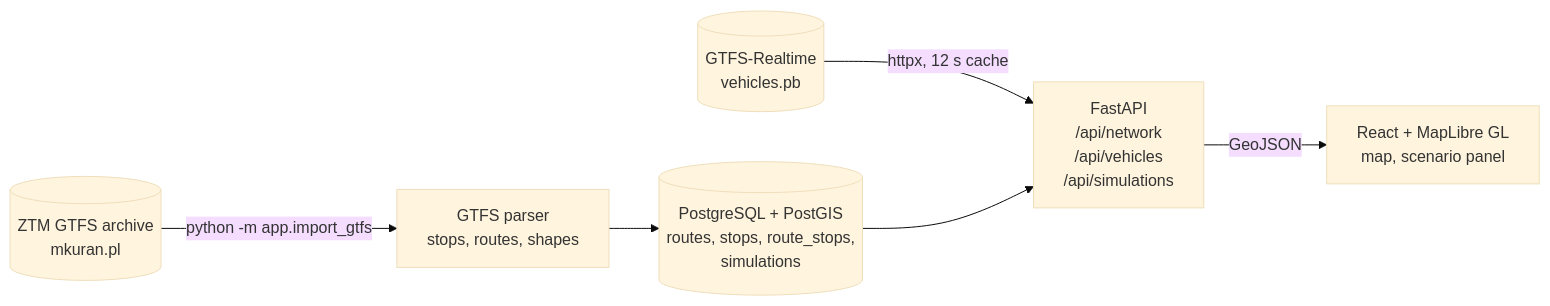
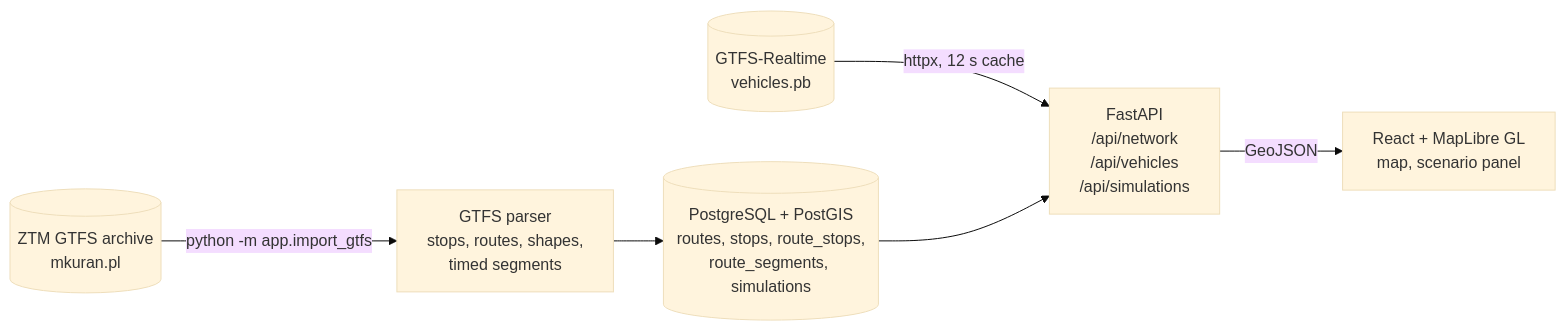
The diagram in README.md (MaciejZiel/Reroute), drawn with Mermaid (base theme) before and after one commit. The commit also changed other lines of this file, not shown here.

````diff
--- a/README.md
+++ b/README.md
@@ -26,8 +26,8 @@
 ```mermaid
 flowchart LR
-    GTFS[(ZTM GTFS archive<br/>mkuran.pl)] -->|python -m app.import_gtfs| IMP[GTFS parser<br/>stops, routes, shapes]
-    IMP --> DB[(PostgreSQL + PostGIS<br/>routes, stops, route_stops,<br/>simulations)]
+    GTFS[(ZTM GTFS archive<br/>mkuran.pl)] -->|python -m app.import_gtfs| IMP[GTFS parser<br/>stops, routes, shapes,<br/>timed segments]
+    IMP --> DB[(PostgreSQL + PostGIS<br/>routes, stops, route_stops,<br/>route_segments, simulations)]
     RT[(GTFS-Realtime<br/>vehicles.pb)] -->|httpx, 12 s cache| API
     DB --> API[FastAPI<br/>/api/network<br/>/api/vehicles<br/>/api/simulations]
     API -->|GeoJSON| WEB[React + MapLibre GL<br/>map, scenario panel]
 ```
````
